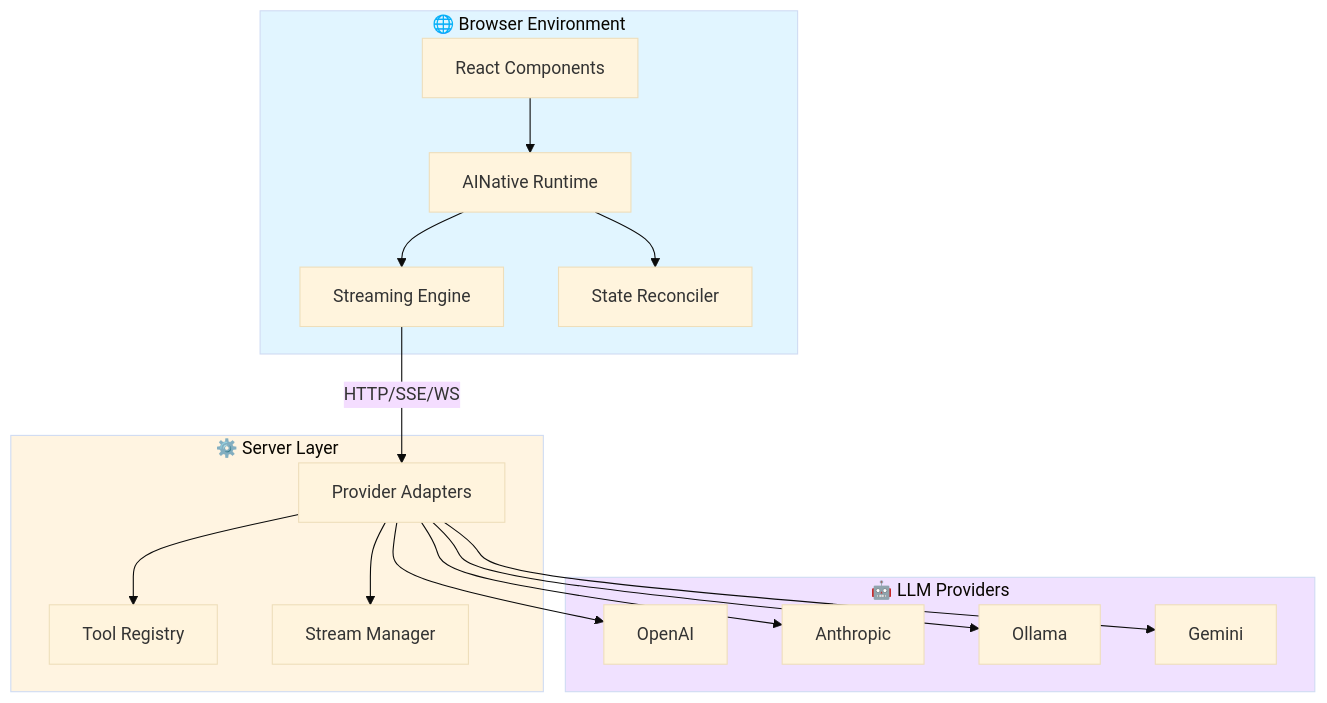
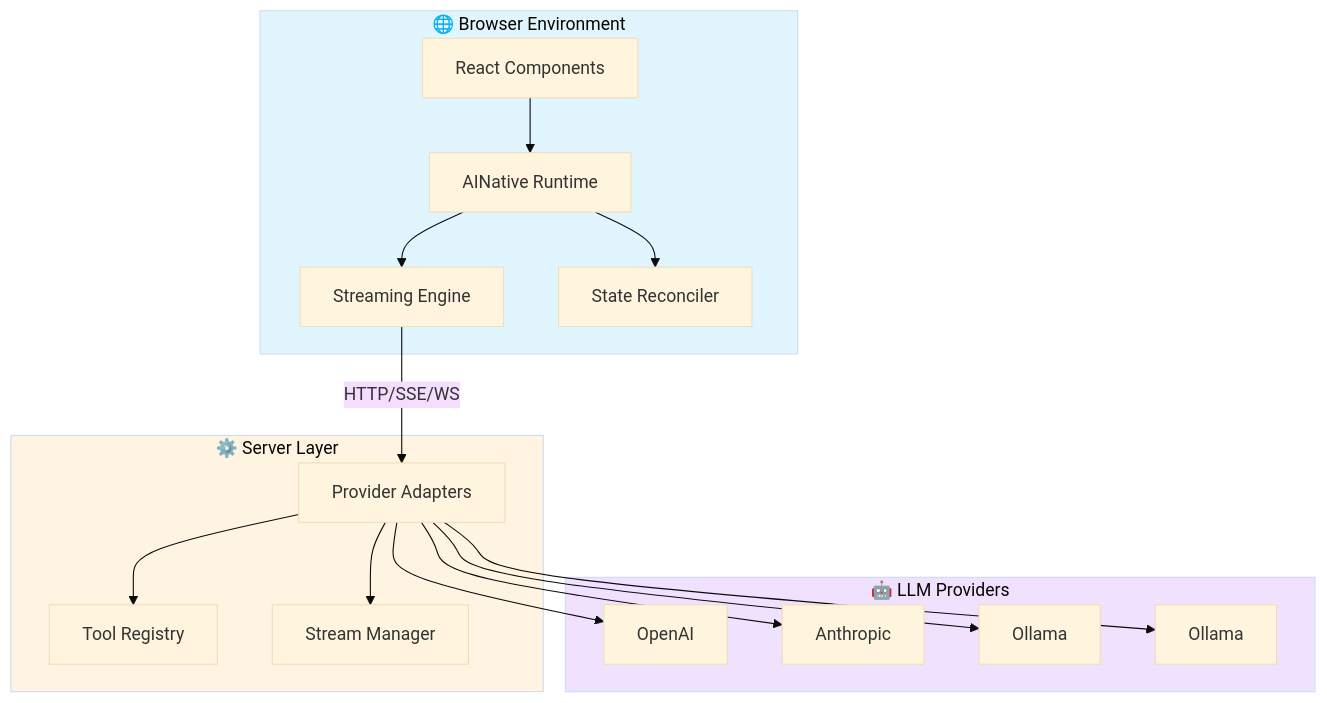
The diagram in README.md (hari7261/ainative), drawn with Mermaid (base theme) before and after one commit. The commit also changed other lines of this file and 46 other files, not shown here.

````diff
--- a/README.md
+++ b/README.md
@@ -167,37 +167,37 @@
 ```mermaid
 graph TB
     subgraph Browser["🌐 Browser Environment"]
         A[React Components]
         B[AINative Runtime]
         C[Streaming Engine]
         D[State Reconciler]
     end
 
     subgraph Server["⚙️ Server Layer"]
         E[Provider Adapters]
         F[Tool Registry]
         G[Stream Manager]
     end
 
     subgraph LLM["🤖 LLM Providers"]
         H[OpenAI]
         I[Anthropic]
         J[Ollama]
-        K[Gemini]
+        K[Ollama]
     end
 
     A --> B
     B --> C
     B --> D
     C -->|HTTP/SSE/WS| E
     E --> F
     E --> G
     E --> H
     E --> I
     E --> J
     E --> K
 
     style Browser fill:#e1f5ff
     style Server fill:#fff4e1
     style LLM fill:#f0e1ff
 ```
````
